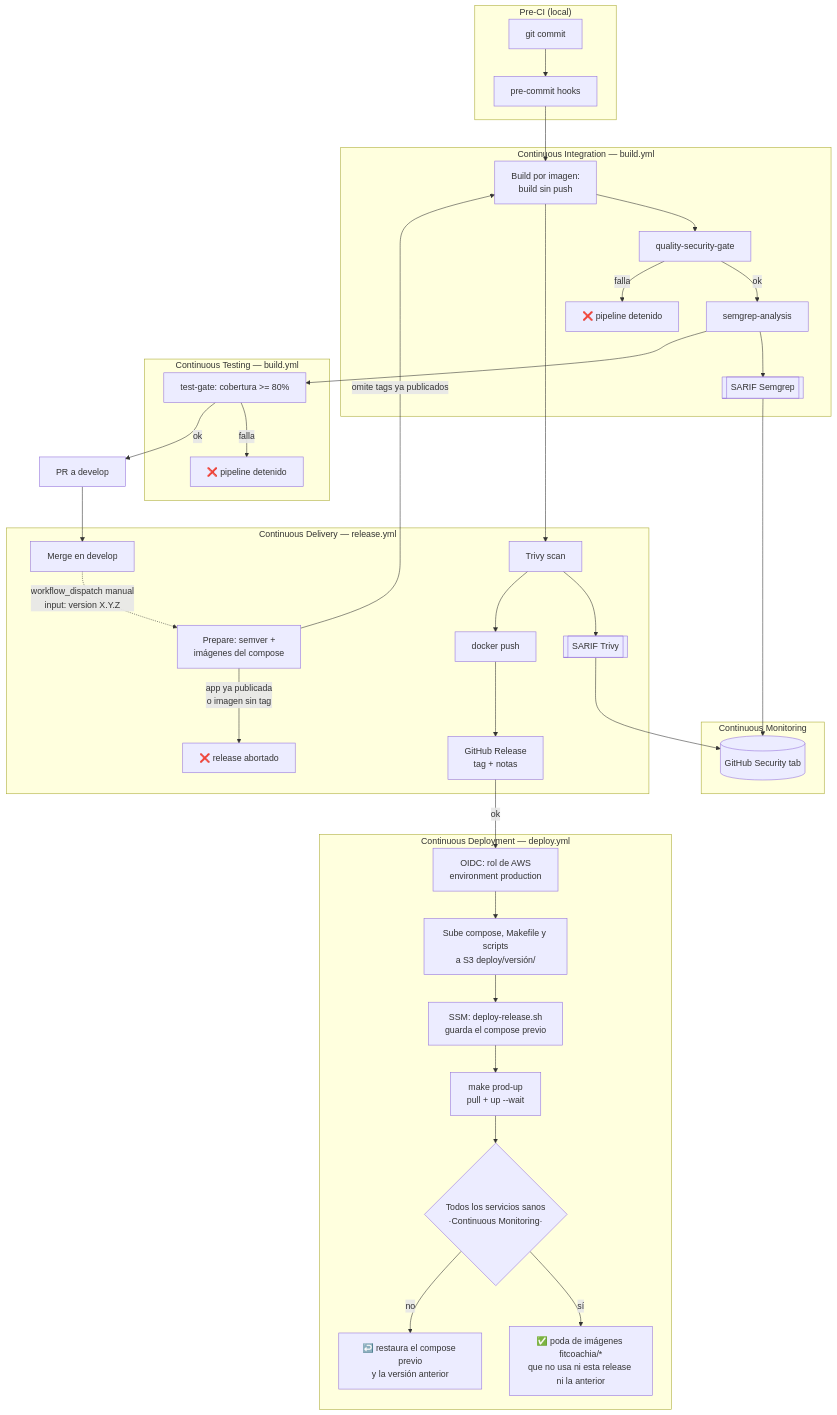
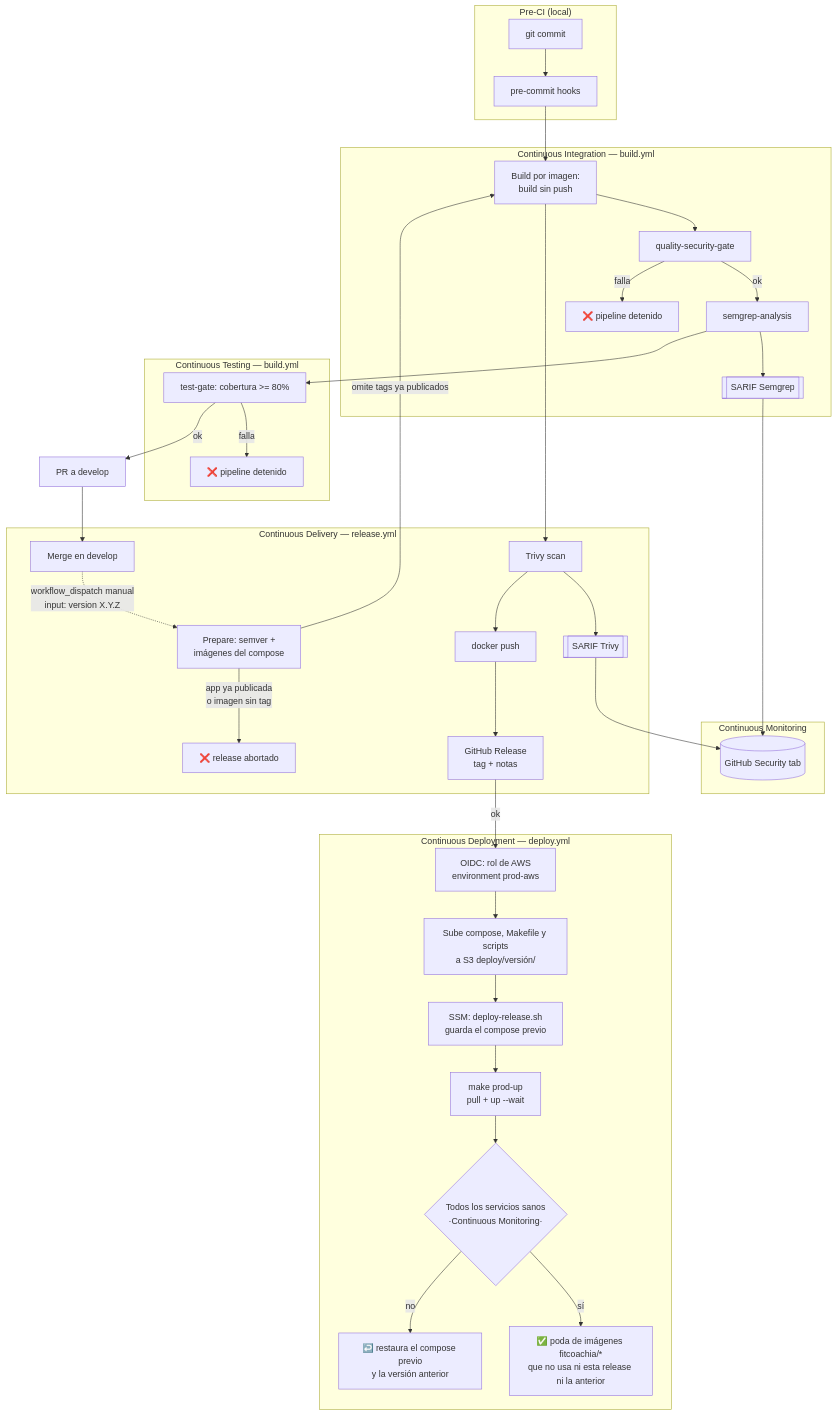
The first of 3 diagrams in docs/ci-cd.md (SorianoTech/FitCoachIA), drawn with Mermaid before and after one commit. The commit also changed other lines of this file and 7 other files, not shown here.

First line of the commit message:
fix(ci): la matriz de release recibe servicios, no imágenes; environment prod-aws

````diff
--- a/docs/ci-cd.md
+++ b/docs/ci-cd.md
@@ -182,48 +186,48 @@
 ```mermaid
 flowchart TD
     subgraph LOCAL["Pre-CI (local)"]
         A[git commit] --> A1[pre-commit hooks]
     end
 
     A1 --> B[push a feature/** · feat/** · fix/** · bugfix/**]
 
     subgraph CI["Continuous Integration — build.yml"]
         B --> C[quality-security-gate]
         C -->|ok| D[semgrep-analysis]
         C -->|falla| X1[❌ pipeline detenido]
         D --> D1[[SARIF Semgrep]]
     end
 
     subgraph CT["Continuous Testing — build.yml"]
         D --> E[test-gate: cobertura >= 80%]
         E -->|falla| X2[❌ pipeline detenido]
     end
 
     E -->|ok| F[PR a develop] --> G[Merge en develop]
 
     subgraph CD1["Continuous Delivery — release.yml"]
         G -.->|workflow_dispatch manual\ninput: version X.Y.Z| H[Prepare: semver +\nimágenes del compose]
         H -->|app ya publicada\no imagen sin tag| X3[❌ release abortado]
         H -->|omite tags ya publicados| B[Build por imagen:\nbuild sin push]
         B --> H1[Trivy scan]
         H1 --> H2[[SARIF Trivy]]
         H1 --> H3[docker push]
         H3 --> H4[GitHub Release\ntag + notas]
     end
 
     subgraph MON["Continuous Monitoring"]
         SEC[(GitHub Security tab)]
         D1 --> SEC
         H2 --> SEC
     end
 
     subgraph CD2["Continuous Deployment — deploy.yml"]
-        H4 -->|ok| I[OIDC: rol de AWS\nenvironment production]
+        H4 -->|ok| I[OIDC: rol de AWS\nenvironment prod-aws]
         I --> I1[Sube compose, Makefile y scripts\na S3 deploy/versión/]
         I1 --> J[SSM: deploy-release.sh\nguarda el compose previo]
         J --> K[make prod-up\npull + up --wait]
         K --> L{Todos los servicios sanos\n·Continuous Monitoring·}
         L -->|sí| M[✅ poda de imágenes fitcoachia/*\nque no usa ni esta release ni la anterior]
         L -->|no| N[↩️ restaura el compose previo\ny la versión anterior]
     end
 ```
````
